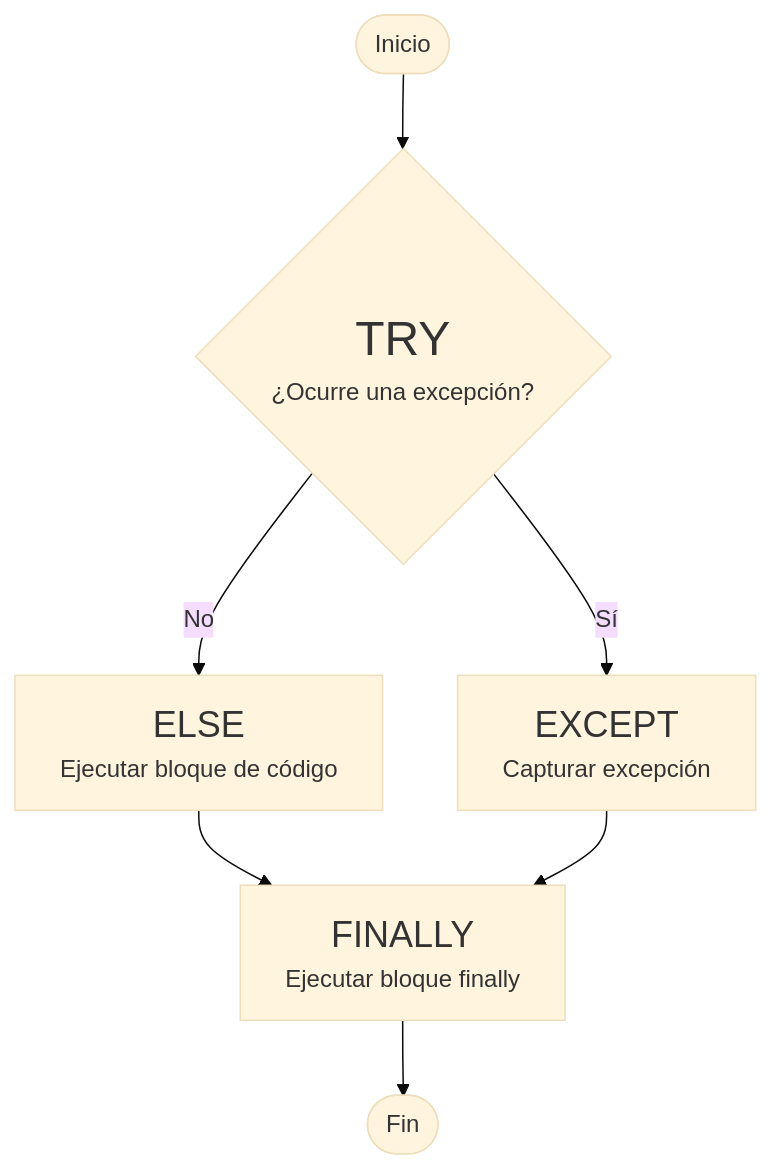
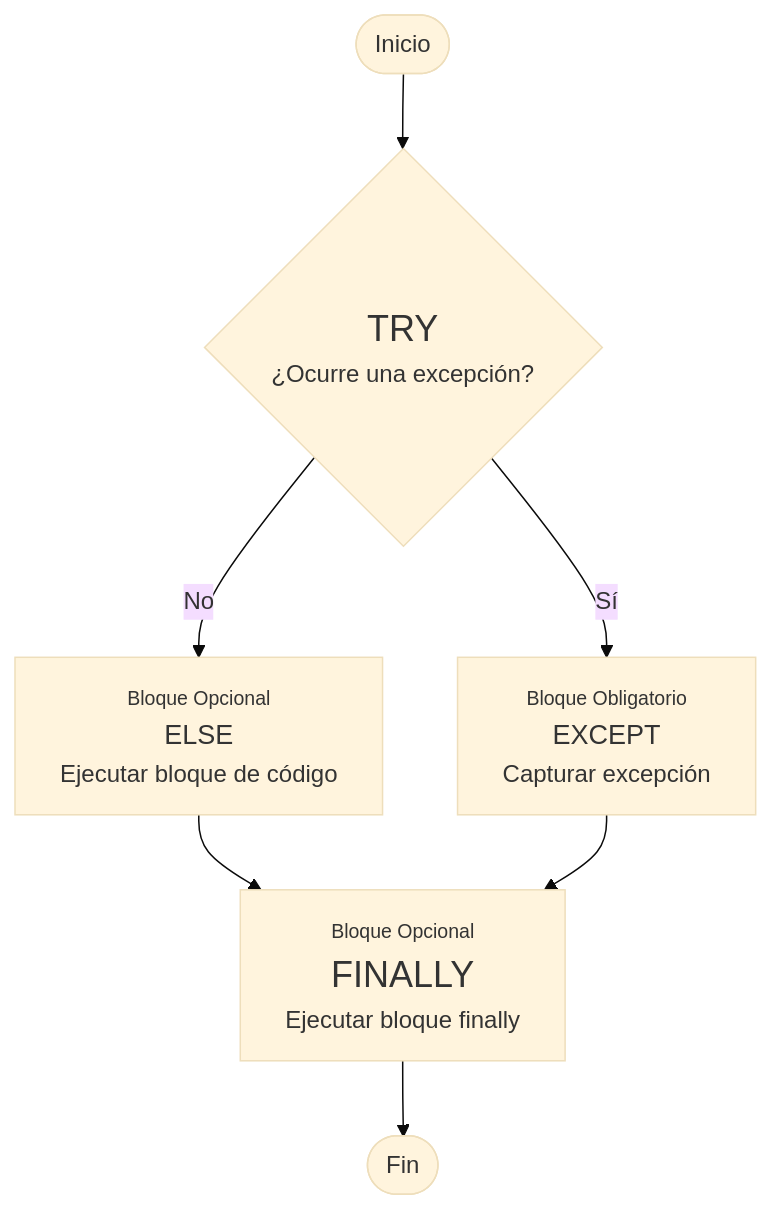
The diagram in _posts/lenguajes-de-programacion/python/2-intermedio/2022-02-01-manejo-de-excepciones.md (EniDev911/portfolio_crispy), drawn with Mermaid (base theme) before and after one commit. The commit also changed other lines of this file and 5 other files, not shown here.

````diff
--- a/_posts/lenguajes-de-programacion/python/2-intermedio/2022-02-01-manejo-de-excepciones.md
+++ b/_posts/lenguajes-de-programacion/python/2-intermedio/2022-02-01-manejo-de-excepciones.md
@@ -36,9 +60,9 @@
 ```mermaid
 flowchart TD
-    A([Inicio]) --> B{<font size="6">TRY</font><br>¿Ocurre una excepción?}
-    B -- No --> C[<font size="5">ELSE</font><br>Ejecutar bloque de código]
-    B -- Sí --> D[<font size="5">EXCEPT</font><br>Capturar excepción]
-    C --> E[<font size="5">FINALLY</font><br>Ejecutar bloque finally]
+    A([Inicio]) --> B{<font size="5">TRY</font><br>¿Ocurre una excepción?}
+    B -- No --> C[<font size="2">Bloque Opcional</font><br><font size="4">ELSE</font><br>Ejecutar bloque de código]
+    B -- Sí --> D[<font size="2">Bloque Obligatorio</font><br><font size="4">EXCEPT</font><br>Capturar excepción]
+    C --> E[<font size="2">Bloque Opcional</font><br><font size="5">FINALLY</font><br>Ejecutar bloque finally]
     D --> E
     E --> F([Fin])
 ```
````
